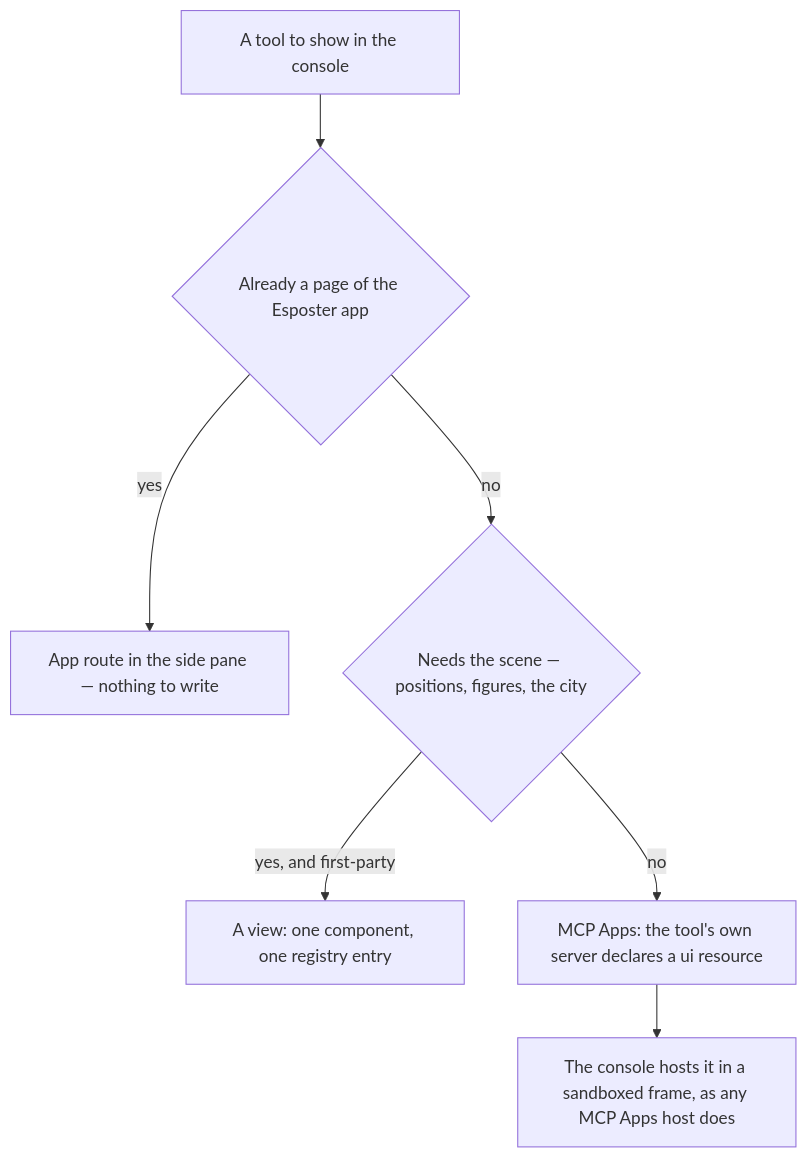
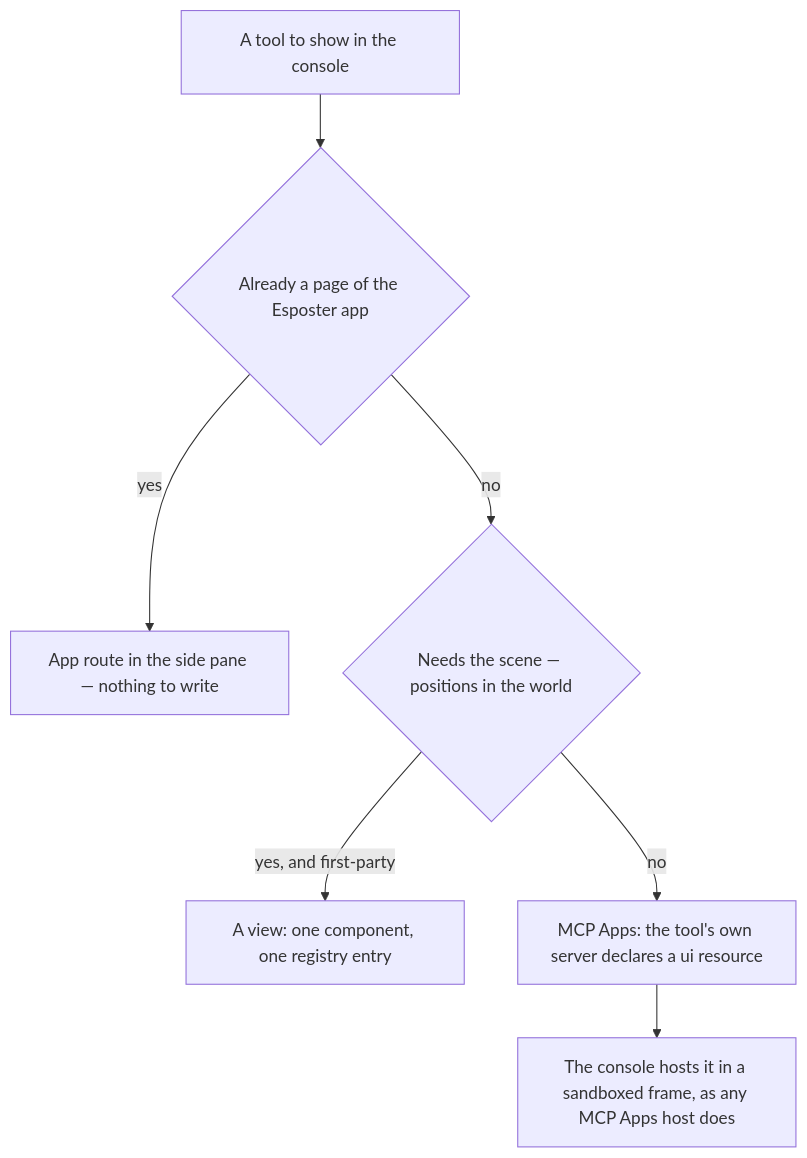
The first of 2 diagrams in apps/web/content/docs/proposals/infra/agent-console/extensions.md (Esposter/Esposter), drawn with Mermaid before and after one commit. The commit also changed other lines of this file and 134 other files, not shown here.

````diff
--- a/apps/web/content/docs/proposals/infra/agent-console/extensions.md
+++ b/apps/web/content/docs/proposals/infra/agent-console/extensions.md
@@ -27,9 +27,9 @@
 ```mermaid
 flowchart TD
   T[A tool to show in the console] --> A{Already a page of the Esposter app}
   A -->|yes| R[App route in the side pane — nothing to write]
-  A -->|no| S{Needs the scene — positions, figures, the city}
+  A -->|no| S{Needs the scene — positions in the world}
   S -->|yes, and first-party| V[A view: one component, one registry entry]
   S -->|no| M[MCP Apps: the tool's own server declares a ui resource]
   M --> H[The console hosts it in a sandboxed frame, as any MCP Apps host does]
 ```
````
